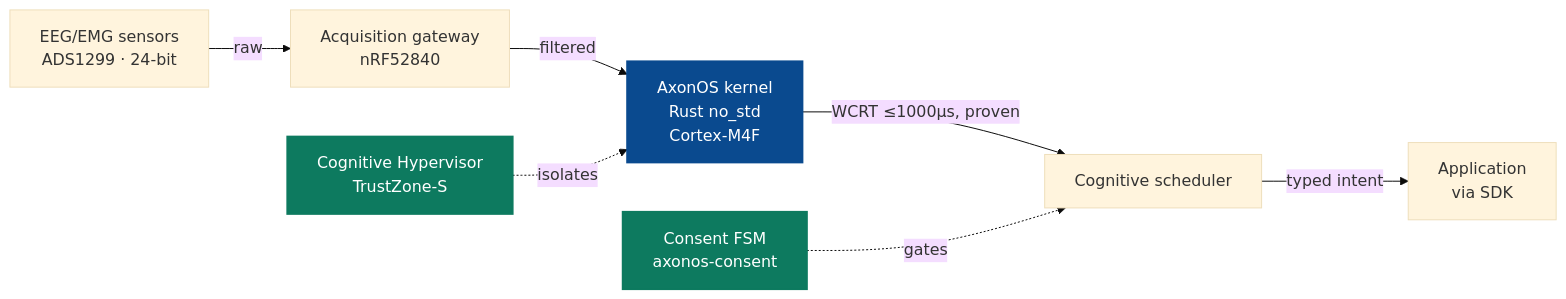
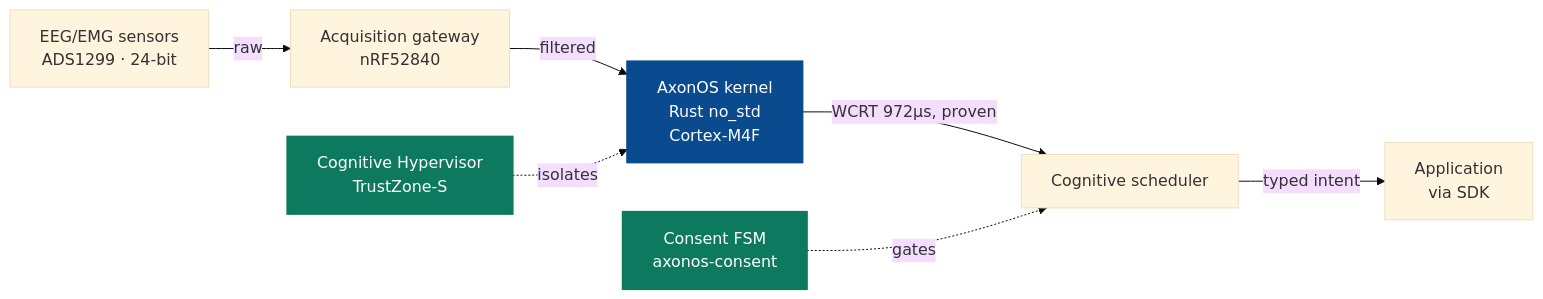
Before and after one commit to AxonOS-org/.github: the diagram in profile/README.md, drawn with Mermaid (base theme). The commit also changed other lines of this file and 2 other files, not shown here.

First line of the commit message:
docs: raise the org profile to foundation-grade — citation, WCRT precision, sharper challenge

````diff
--- a/profile/README.md
+++ b/profile/README.md
@@ -175,14 +175,14 @@
 ```mermaid
 flowchart LR
     A[EEG/EMG sensors<br/>ADS1299 · 24-bit] -->|raw| B[Acquisition gateway<br/>nRF52840]
     B -->|filtered| C[AxonOS kernel<br/>Rust no_std<br/>Cortex-M4F]
-    C -->|WCRT ≤1000µs, proven| D[Cognitive scheduler]
+    C -->|WCRT 972µs, proven| D[Cognitive scheduler]
     D -->|typed intent| E[Application<br/>via SDK]
     F[Cognitive Hypervisor<br/>TrustZone-S] -.->|isolates| C
     G[Consent FSM<br/>axonos-consent] -.->|gates| D
 
     classDef kernel fill:#0a4a8f,stroke:#0a4a8f,color:#fff,stroke-width:2px
     classDef secure fill:#0d7a5f,stroke:#0d7a5f,color:#fff,stroke-width:2px
     class C kernel
     class F,G secure
 ```
````
